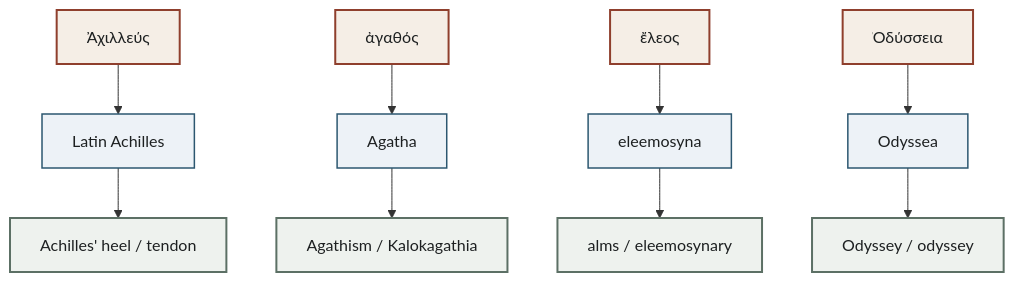
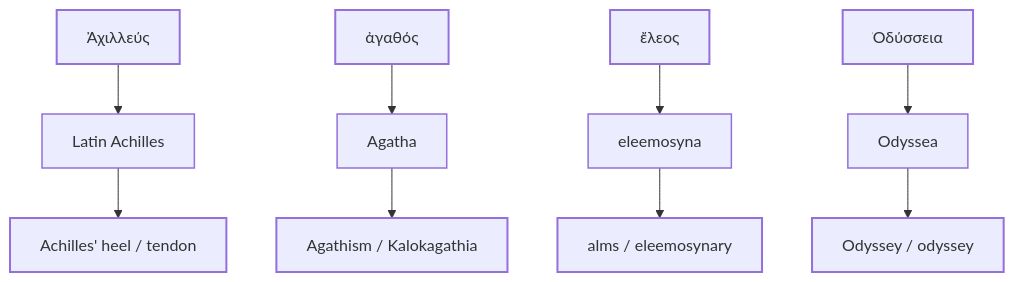
One commit to YgHnSIM/Homer_wiki changed the diagram in words/index.md. Above: the diagram before and after it, drawn with Mermaid. The commit also changed 4 other files, not shown here.

````diff
--- a/words/index.md
+++ b/words/index.md
@@ -19,11 +19,11 @@
 ```mermaid
 graph TB
-    classDef greek fill:#f5eee6,stroke:#8f3f2d,stroke-width:2px,color:#1d2021;
-    classDef latin fill:#edf2f7,stroke:#2c5770,stroke-width:1.5px,color:#1d2021;
-    classDef english fill:#eef2ee,stroke:#5c7065,stroke-width:2px,color:#1d2021;
+    classDef greek stroke-width:2px;
+    classDef latin stroke-width:1.5px;
+    classDef english stroke-width:2px;
 
     G1["Ἀχιλλεύς"]:::greek --> L1["Latin Achilles"]:::latin --> E1["Achilles' heel / tendon"]:::english
     G2["ἀγαθός"]:::greek --> L2["Agatha"]:::latin --> E2["Agathism / Kalokagathia"]:::english
     G3["ἔλεος"]:::greek --> L3["eleemosyna"]:::latin --> E3["alms / eleemosynary"]:::english
     G4["Ὀδύσσεια"]:::greek --> L4["Odyssea"]:::latin --> E4["Odyssey / odyssey"]:::english
 ```
````
